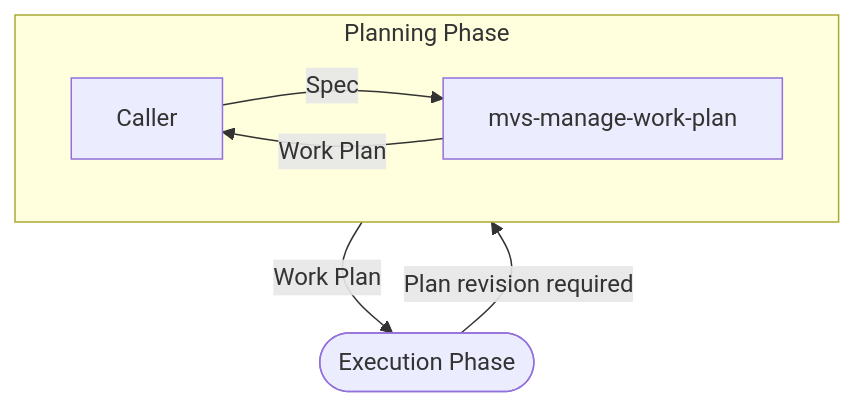
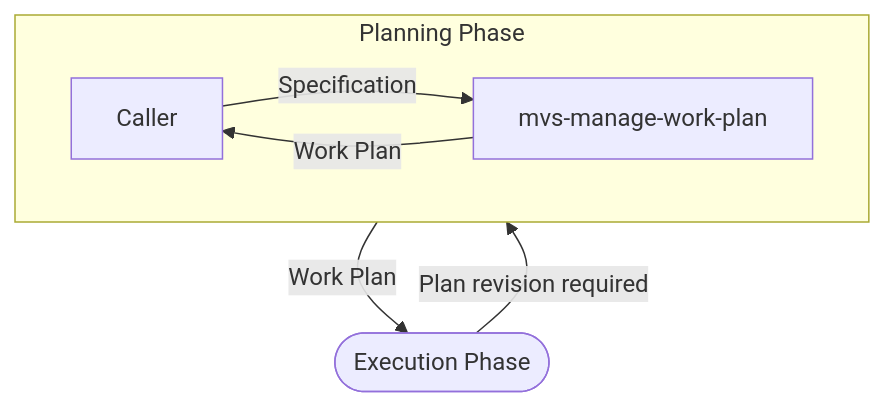
Before and after one commit to masa-kjm/marvis-dev: the third of 4 diagrams in docs/README.md, drawn with Mermaid. The commit also changed other lines of this file and 1 other file, not shown here.

Commit message:
feat(define-spec): add define-spec skill

````diff
--- a/docs/README.md
+++ b/docs/README.md
@@ -51,13 +73,13 @@
 ```mermaid
 flowchart TD
   subgraph Planning["Planning Phase"]
     Caller["Caller"]
     PlanSkill["mvs-manage-work-plan"]
   end
   Execution(["Execution Phase"])
 
-  Caller -->|Spec| PlanSkill
+  Caller -->|Specification| PlanSkill
   PlanSkill -->|Work Plan| Caller
   Planning -->|Work Plan| Execution
   Execution -->|Plan revision required| Planning
 ```
````
